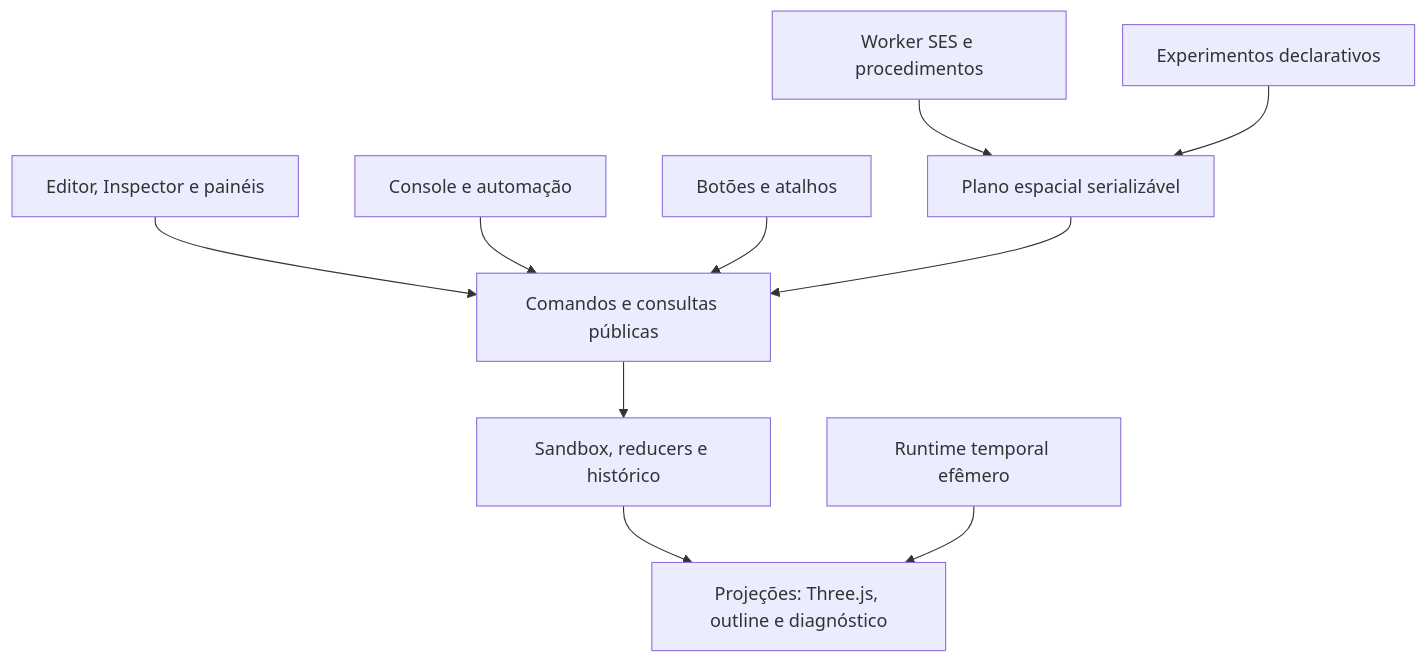
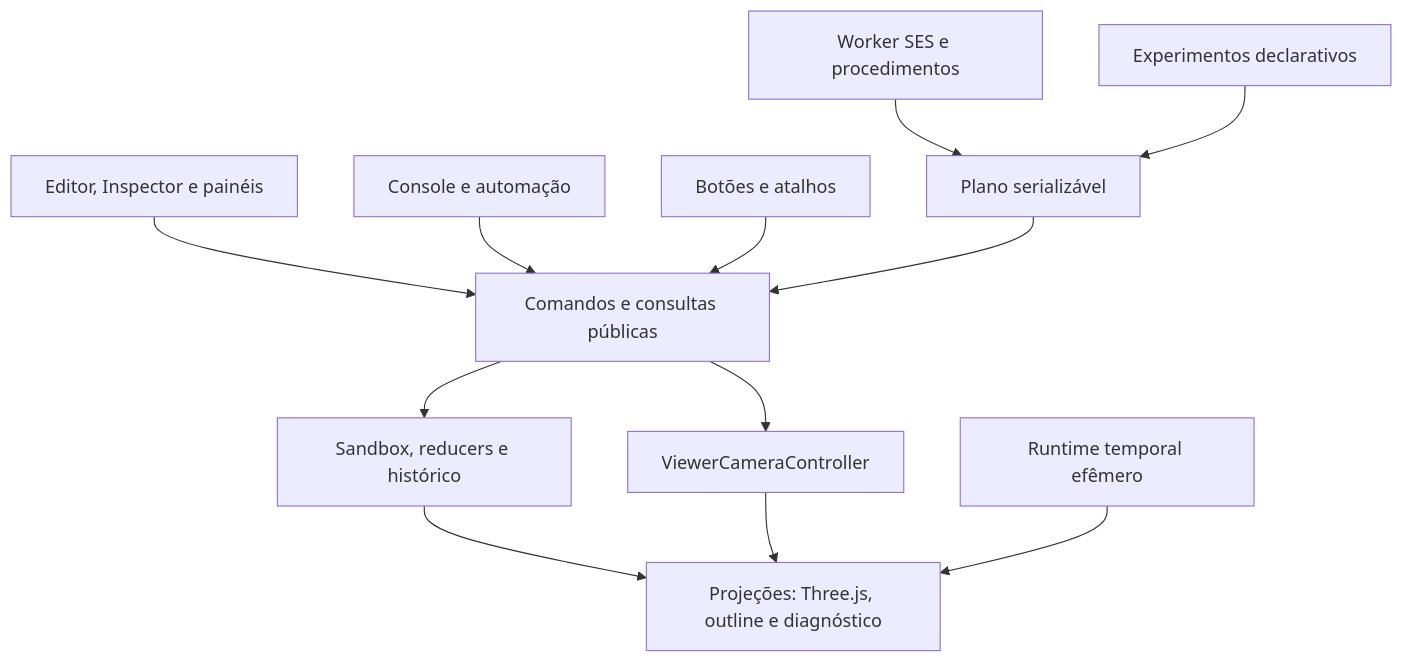
Before and after one commit to livredopodervil/SpatialSeed: the diagram in README.md, drawn with Mermaid. The commit also changed other lines of this file and 30 other files, not shown here.

Commit message:
feat(viewer): add public navigation camera controller

````diff
--- a/README.md
+++ b/README.md
@@ -346,12 +389,14 @@
 ```mermaid
 flowchart TD
     UI["Editor, Inspector e painéis"] --> API["Comandos e consultas públicas"]
     CONSOLE["Console e automação"] --> API
-    SCRIPT["Worker SES e procedimentos"] --> PLAN["Plano espacial serializável"]
+    SCRIPT["Worker SES e procedimentos"] --> PLAN["Plano serializável"]
     EXP["Experimentos declarativos"] --> PLAN
     ACTION["Botões e atalhos"] --> API
     PLAN --> API
     API --> SANDBOX["Sandbox, reducers e histórico"]
+    API --> CAMERA["ViewerCameraController"]
     SANDBOX --> VIEW["Projeções: Three.js, outline e diagnóstico"]
+    CAMERA --> VIEW
     TIME["Runtime temporal efêmero"] --> VIEW
 ```
````
